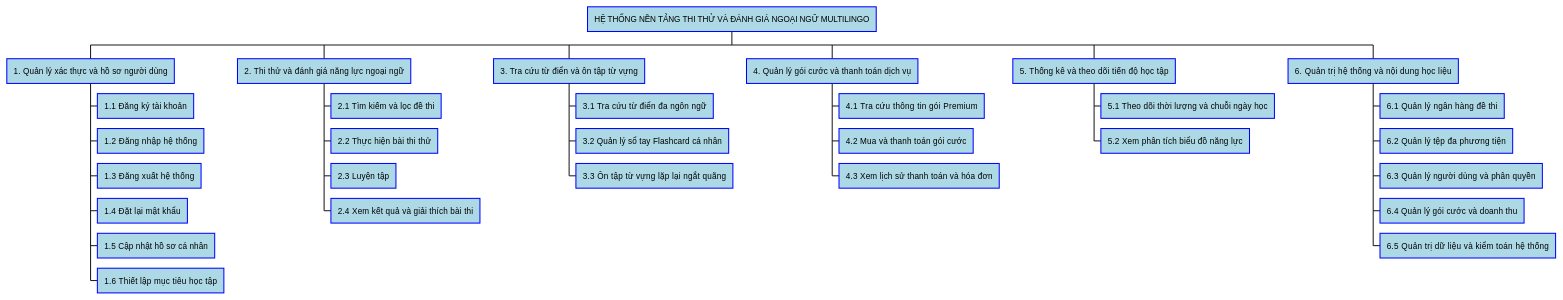
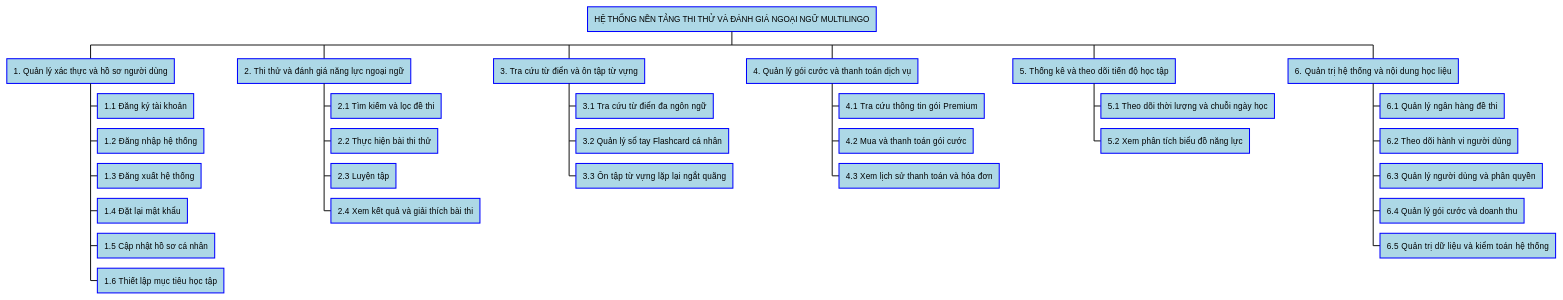
Before and after one commit to ngkhson/multilingo-platform: the diagram in docs/md/PHAN_RA_CHUC_NANG.md, drawn with PlantUML. The commit also changed other lines of this file and 1 other file, not shown here.

Commit message:
update db and function

````diff
--- a/docs/md/PHAN_RA_CHUC_NANG.md
+++ b/docs/md/PHAN_RA_CHUC_NANG.md
@@ -22,40 +22,40 @@
 ```plantuml
 @startwbs
 skinparam defaultFontName Arial
 skinparam node {
     BackgroundColor LightBlue
     BorderColor Blue
 }
 
 * HỆ THỐNG NỀN TẢNG THI THỬ VÀ ĐÁNH GIÁ NGOẠI NGỮ MULTILINGO
 ** 1. Quản lý xác thực và hồ sơ người dùng
 *** 1.1 Đăng ký tài khoản
 *** 1.2 Đăng nhập hệ thống
 *** 1.3 Đăng xuất hệ thống
 *** 1.4 Đặt lại mật khẩu
 *** 1.5 Cập nhật hồ sơ cá nhân
 *** 1.6 Thiết lập mục tiêu học tập
 ** 2. Thi thử và đánh giá năng lực ngoại ngữ
 *** 2.1 Tìm kiếm và lọc đề thi
 *** 2.2 Thực hiện bài thi thử
 *** 2.3 Luyện tập
 *** 2.4 Xem kết quả và giải thích bài thi
 ** 3. Tra cứu từ điển và ôn tập từ vựng
 *** 3.1 Tra cứu từ điển đa ngôn ngữ
 *** 3.2 Quản lý sổ tay Flashcard cá nhân
 *** 3.3 Ôn tập từ vựng lặp lại ngắt quãng
 ** 4. Quản lý gói cước và thanh toán dịch vụ
 *** 4.1 Tra cứu thông tin gói Premium
 *** 4.2 Mua và thanh toán gói cước
 *** 4.3 Xem lịch sử thanh toán và hóa đơn
 ** 5. Thống kê và theo dõi tiến độ học tập
 *** 5.1 Theo dõi thời lượng và chuỗi ngày học
 *** 5.2 Xem phân tích biểu đồ năng lực
 ** 6. Quản trị hệ thống và nội dung học liệu
 *** 6.1 Quản lý ngân hàng đề thi
-*** 6.2 Quản lý tệp đa phương tiện
+*** 6.2 Theo dõi hành vi người dùng
 *** 6.3 Quản lý người dùng và phân quyền
 *** 6.4 Quản lý gói cước và doanh thu
 *** 6.5 Quản trị dữ liệu và kiểm toán hệ thống
 @endwbs
 ```
````
